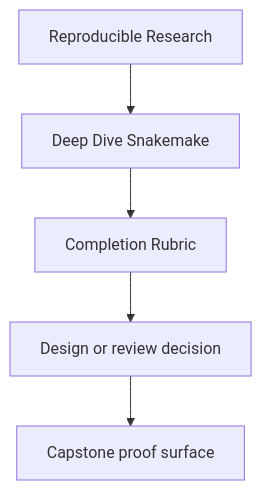
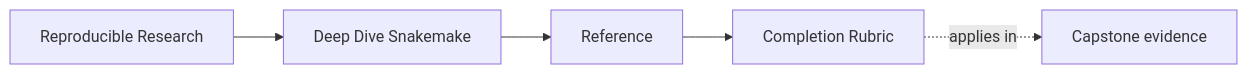
One commit to bijux/bijux-masterclass changed the first of 2 diagrams in programs/reproducible-research/deep-dive-snakemake/course-book/reference/completion-rubric.md. Above: the diagram before and after it, drawn with Mermaid. The commit also changed other lines of this file and 149 other files, not shown here.

Commit message:
docs(deep-dive-snakemake): map workflow proof and operations surfaces

````diff
--- a/programs/reproducible-research/deep-dive-snakemake/course-book/reference/completion-rubric.md
+++ b/programs/reproducible-research/deep-dive-snakemake/course-book/reference/completion-rubric.md
@@ -7,7 +7,11 @@
 ```mermaid
-flowchart TD
-  family["Reproducible Research"] --> program["Deep Dive Snakemake"]
-  program --> reference["Completion Rubric"]
-  reference --> review["Design or review decision"]
-  review --> capstone["Capstone proof surface"]
+graph LR
+  family["Reproducible Research"]
+  program["Deep Dive Snakemake"]
+  section["Reference"]
+  page["Completion Rubric"]
+  capstone["Capstone evidence"]
+
+  family --> program --> section --> page
+  page -.applies in.-> capstone
 ```
````
